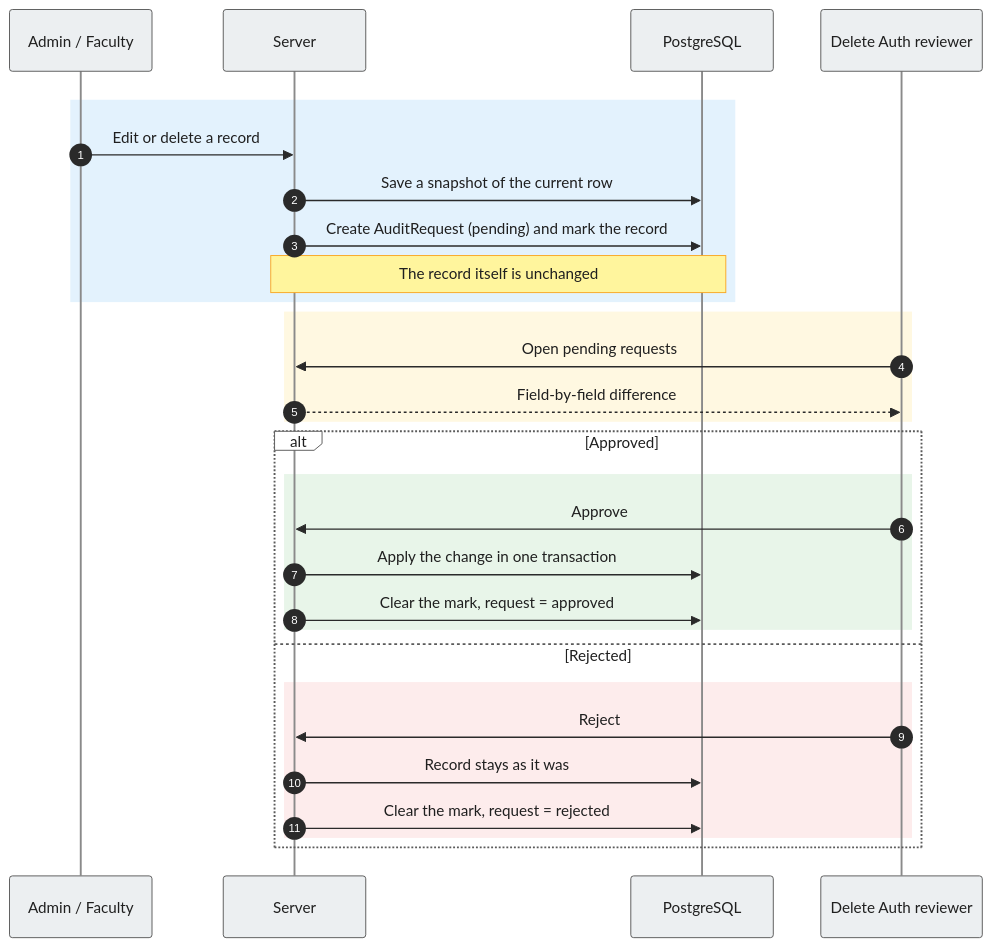
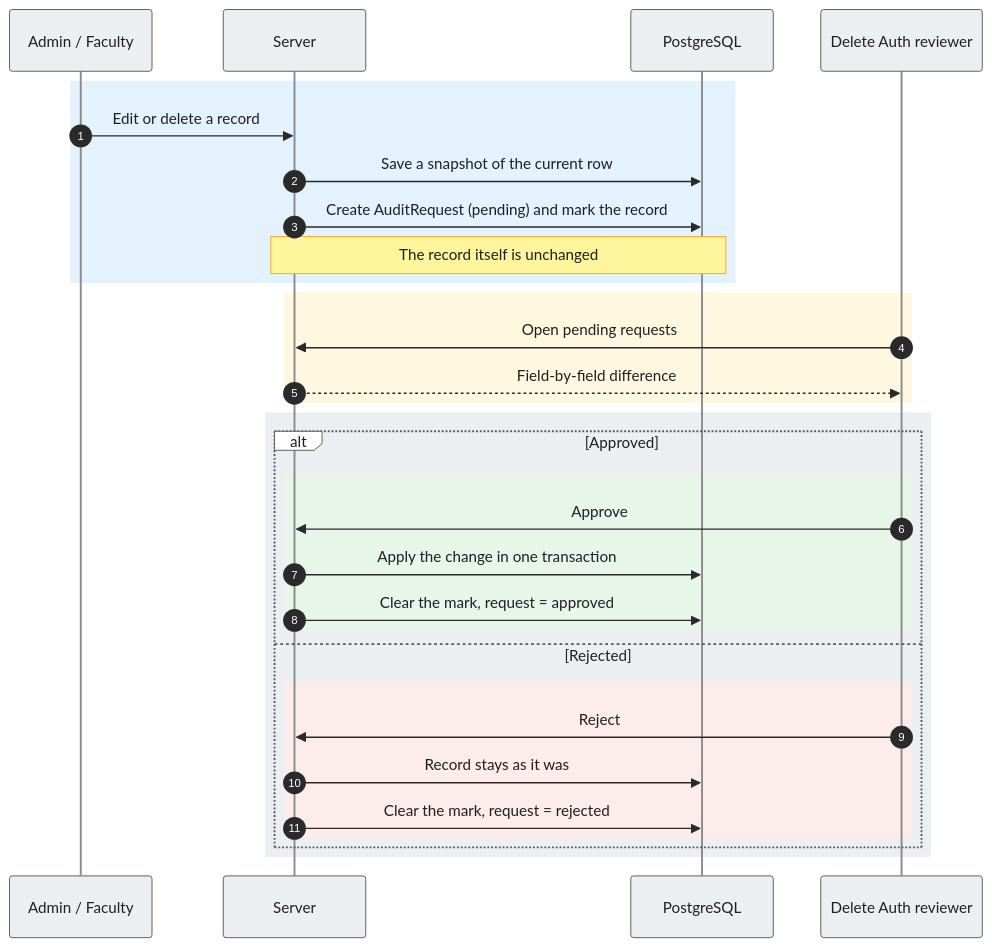
Before and after one commit to aarushchaudhary/nmpralekh: the third of 10 diagrams in README.md, drawn with Mermaid. The commit also changed other lines of this file, not shown here.

Commit message:
Restyle README sequence diagrams: light boxes with dark text, no white panels

````diff
--- a/README.md
+++ b/README.md
@@ -191,37 +191,37 @@
 ```mermaid
 %%{init: {'theme':'base','themeVariables':{'actorBkg':'#ECEFF1','actorBorder':'#5A5A5A','actorTextColor':'#1F1F1F','actorLineColor':'#8A8A8A','signalColor':'#2A2A2A','signalTextColor':'#1F1F1F','sequenceNumberColor':'#FFFFFF','labelBoxBkgColor':'#FFFFFF','labelBoxBorderColor':'#5A5A5A','labelTextColor':'#1F1F1F','loopTextColor':'#1F1F1F','noteBkgColor':'#FFF59D','noteBorderColor':'#F9A825','noteTextColor':'#1F1F1F'}}}%%
 sequenceDiagram
     autonumber
     participant U as Admin / Faculty
     participant S as Server
     participant DB as PostgreSQL
     participant R as Delete Auth reviewer
 
-    rect rgb(255, 255, 255)
-        rect rgb(227, 242, 253)
-        U->>S: Edit or delete a record
-        S->>DB: Save a snapshot of the current row
-        S->>DB: Create AuditRequest (pending) and mark the record
-        Note over S,DB: The record itself is unchanged
-        end
+    rect rgb(227, 242, 253)
+    U->>S: Edit or delete a record
+    S->>DB: Save a snapshot of the current row
+    S->>DB: Create AuditRequest (pending) and mark the record
+    Note over S,DB: The record itself is unchanged
+    end
 
-        rect rgb(255, 248, 225)
-        R->>S: Open pending requests
-        S-->>R: Field-by-field difference
-        end
+    rect rgb(255, 248, 225)
+    R->>S: Open pending requests
+    S-->>R: Field-by-field difference
+    end
 
+    rect rgb(236, 239, 241)
         alt Approved
             rect rgb(232, 245, 233)
             R->>S: Approve
             S->>DB: Apply the change in one transaction
             S->>DB: Clear the mark, request = approved
             end
         else Rejected
             rect rgb(253, 236, 236)
             R->>S: Reject
             S->>DB: Record stays as it was
             S->>DB: Clear the mark, request = rejected
             end
         end
     end
 ```
````
